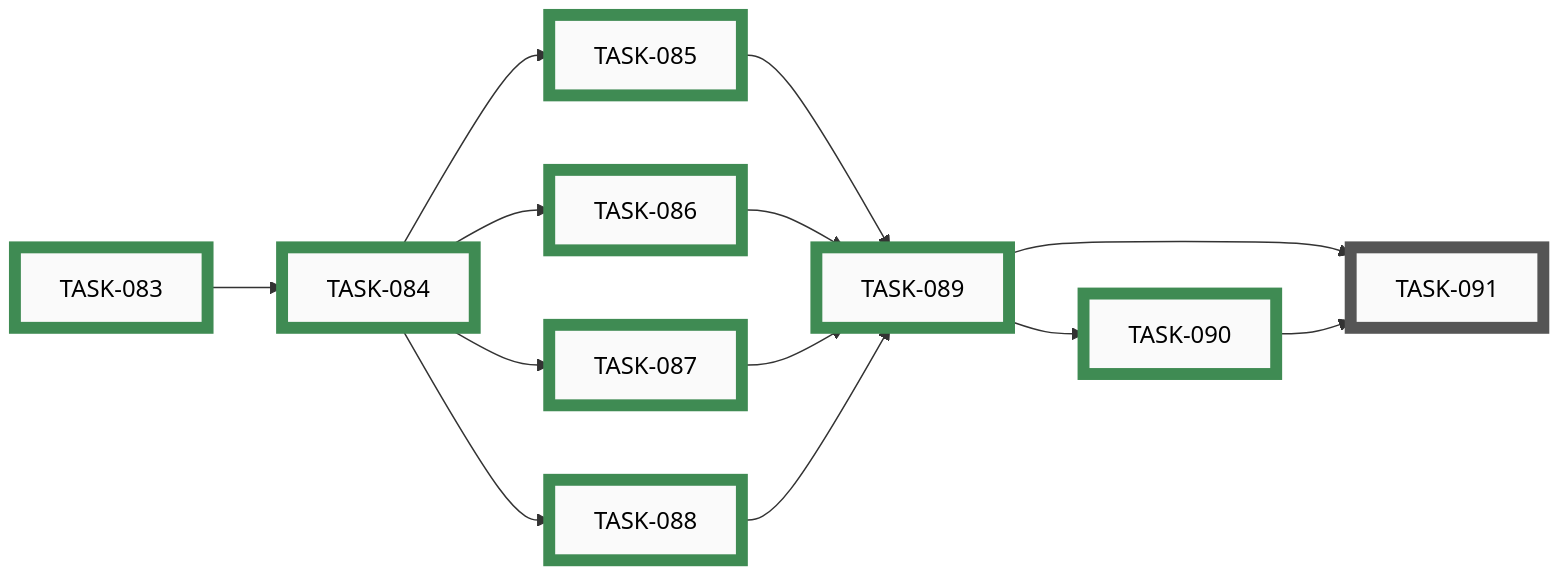
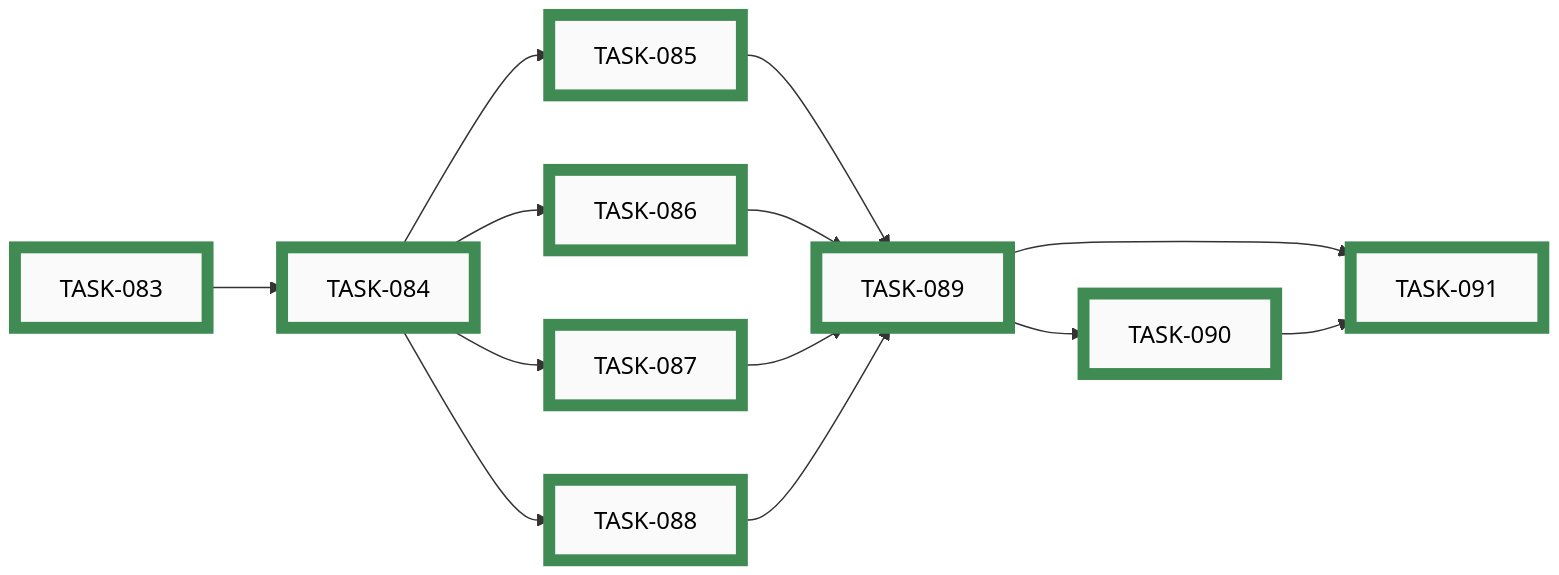
One commit to tgd1975/CircuitSmith changed diagram 11 of 15 in docs/developers/tasks/EPICS.md. Above: the diagram before and after it, drawn with Mermaid. The commit also changed other lines of this file and 13 other files, not shown here.

First line of the commit message:
close TASK-091: add CI test-plan staleness gate (closes EPIC-011)

````diff
--- a/docs/developers/tasks/EPICS.md
+++ b/docs/developers/tasks/EPICS.md
@@ -661,41 +661,41 @@
 ```mermaid
 graph LR
-    TASK_091["TASK-091"]:::open
     TASK_083["TASK-083"]:::closed
     TASK_084["TASK-084"]:::closed
     TASK_085["TASK-085"]:::closed
     TASK_086["TASK-086"]:::closed
     TASK_087["TASK-087"]:::closed
     TASK_088["TASK-088"]:::closed
     TASK_089["TASK-089"]:::closed
     TASK_090["TASK-090"]:::closed
-    TASK_089 --> TASK_091
-    TASK_090 --> TASK_091
+    TASK_091["TASK-091"]:::closed
     TASK_083 --> TASK_084
     TASK_084 --> TASK_085
     TASK_084 --> TASK_086
     TASK_084 --> TASK_087
     TASK_084 --> TASK_088
     TASK_085 --> TASK_089
     TASK_086 --> TASK_089
     TASK_087 --> TASK_089
     TASK_088 --> TASK_089
     TASK_089 --> TASK_090
-    click TASK_091 "open/task-091-ci-staleness-check-for-test-plan.md"
+    TASK_089 --> TASK_091
+    TASK_090 --> TASK_091
     click TASK_083 "closed/task-083-scaffold-testing-docs-directory.md"
     click TASK_084 "closed/task-084-inventory-existing-test-surface.md"
     click TASK_085 "closed/task-085-document-schema-and-netgraph-test-plan.md"
     click TASK_086 "closed/task-086-document-layout-and-router-test-plan.md"
     click TASK_087 "closed/task-087-document-renderer-and-erc-test-plan.md"
     click TASK_088 "closed/task-088-document-exporters-orchestration-ci-test-plan.md"
     click TASK_089 "closed/task-089-write-top-level-coverage-matrix.md"
     click TASK_090 "closed/task-090-file-followup-tasks-for-coverage-gaps.md"
+    click TASK_091 "closed/task-091-ci-staleness-check-for-test-plan.md"
     classDef open    fill:#FAFAFA,stroke:#555,stroke-width:8px,color:#000
     classDef active  fill:#FAFAFA,stroke:#1A6FA8,stroke-width:8px,color:#000
     classDef closed  fill:#FAFAFA,stroke:#3F8B53,stroke-width:8px,color:#000
     classDef paused  fill:#FAFAFA,stroke:#B07810,stroke-width:8px,color:#000
     classDef openExt    fill:#000,stroke:#888,stroke-width:8px,color:#FFF
     classDef activeExt  fill:#000,stroke:#3FA9F5,stroke-width:8px,color:#FFF
     classDef closedExt  fill:#000,stroke:#7CC68A,stroke-width:8px,color:#FFF
     classDef pausedExt  fill:#000,stroke:#F0B030,stroke-width:8px,color:#FFF
 ```
````
